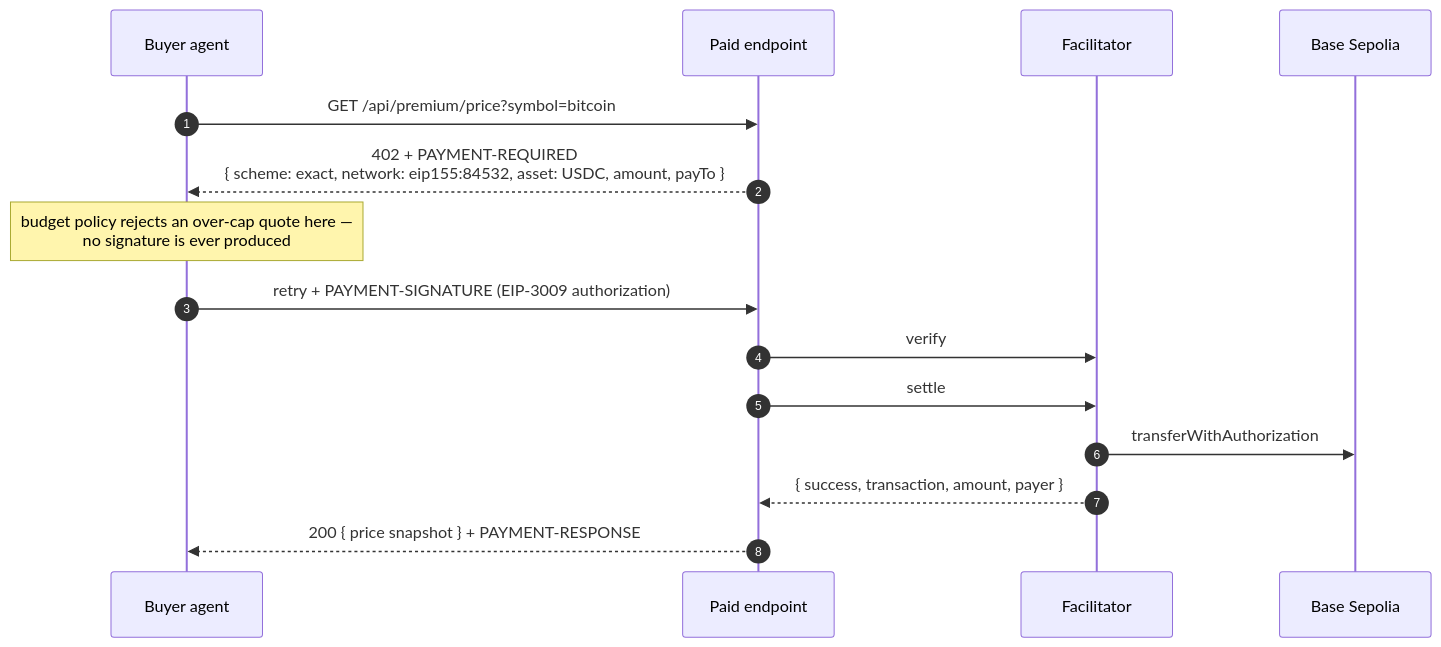
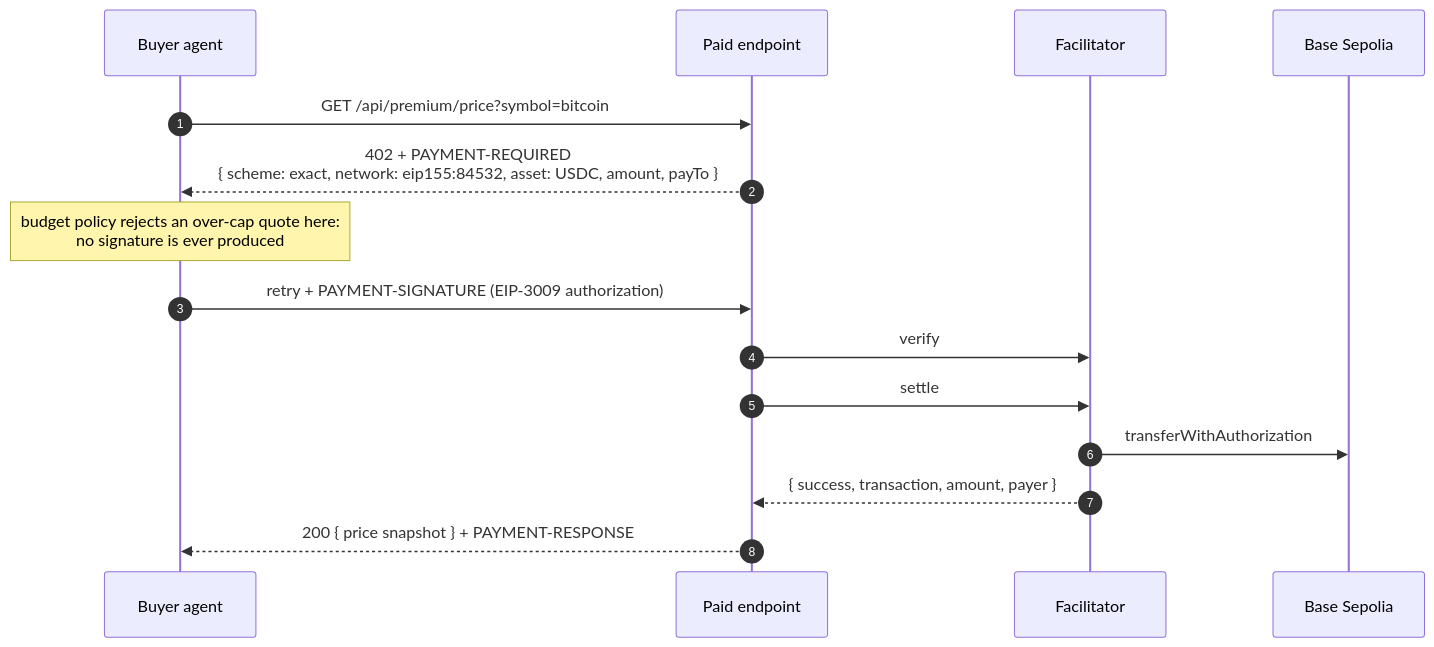
One commit to enliven17/mimir-base changed diagram 12 of 14 in README.md. Above: the diagram before and after it, drawn with Mermaid. The commit also changed other lines of this file and 10 other files, not shown here.

````diff
--- a/README.md
+++ b/README.md
@@ -397,18 +649,18 @@
 ```mermaid
 sequenceDiagram
     autonumber
     participant Buyer as Buyer agent
     participant API as Paid endpoint
     participant Fac as Facilitator
     participant Chain as Base Sepolia
 
     Buyer->>API: GET /api/premium/price?symbol=bitcoin
     API-->>Buyer: 402 + PAYMENT-REQUIRED<br/>{ scheme: exact, network: eip155:84532, asset: USDC, amount, payTo }
-    Note over Buyer: budget policy rejects an over-cap quote here —<br/>no signature is ever produced
+    Note over Buyer: budget policy rejects an over-cap quote here:<br/>no signature is ever produced
     Buyer->>API: retry + PAYMENT-SIGNATURE (EIP-3009 authorization)
     API->>Fac: verify
     API->>Fac: settle
     Fac->>Chain: transferWithAuthorization
     Fac-->>API: { success, transaction, amount, payer }
     API-->>Buyer: 200 { price snapshot } + PAYMENT-RESPONSE
 ```
````
